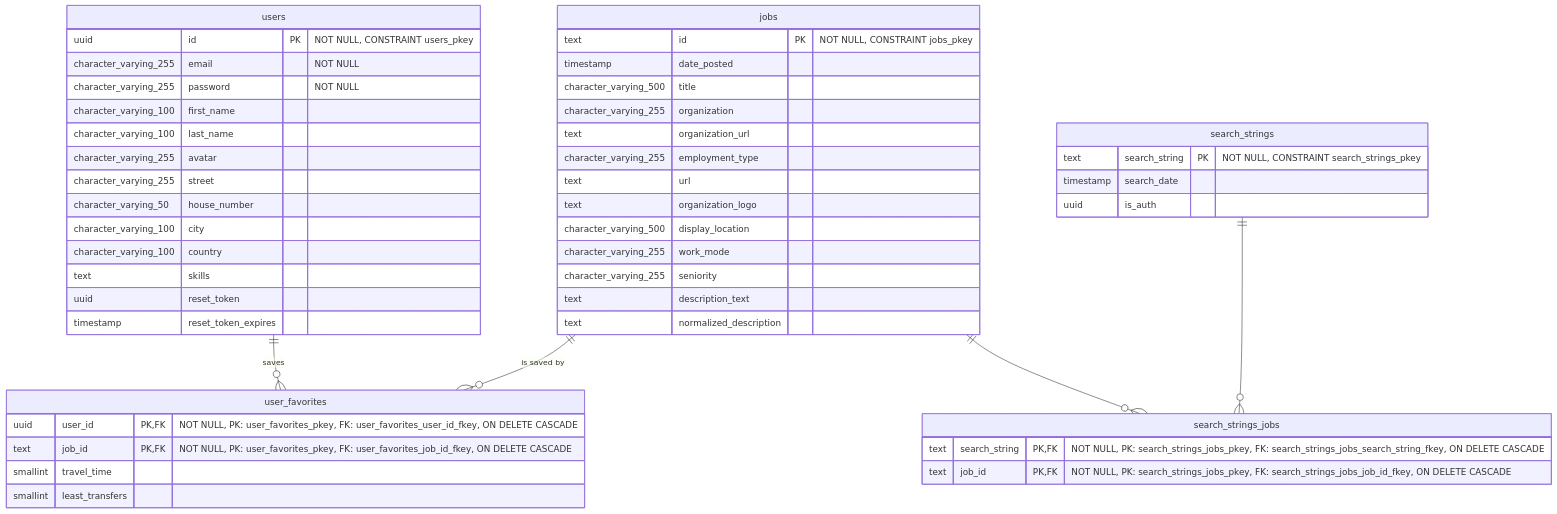
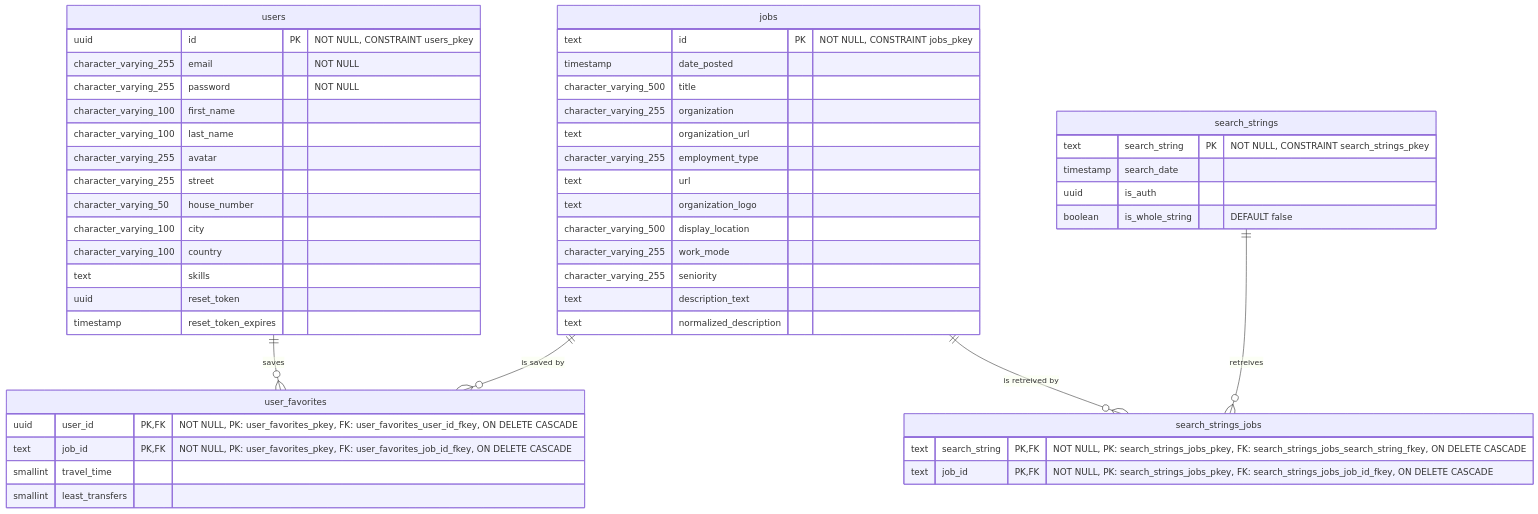
One commit to YahyaAl-Ademi/2025.10.23-JobCompass changed the diagram in documentation/ERD.md. Above: the diagram before and after it, drawn with Mermaid. The commit also changed other lines of this file and 6 other files, not shown here.

Commit message:
feat: add is_whole_string flag to search_strings table and update related job search logic

````diff
--- a/documentation/ERD.md
+++ b/documentation/ERD.md
@@ -5,57 +5,58 @@
 ```mermaid
 erDiagram
     users ||--o{ user_favorites : "saves"
     jobs ||--o{ user_favorites : "is saved by"
-    search_strings ||--o{ search_strings_jobs : ""
-    jobs ||--o{ search_strings_jobs : ""
+    search_strings ||--o{ search_strings_jobs : "retreives"
+    jobs ||--o{ search_strings_jobs : "is retreived by"
 
     users {
         uuid id PK "NOT NULL, CONSTRAINT users_pkey"
         character_varying_255 email "NOT NULL"
         character_varying_255 password "NOT NULL"
         character_varying_100 first_name
         character_varying_100 last_name
         character_varying_255 avatar
         character_varying_255 street
         character_varying_50 house_number
         character_varying_100 city
         character_varying_100 country
         text skills
         uuid reset_token
         timestamp reset_token_expires
     }
 
     jobs {
         text id PK "NOT NULL, CONSTRAINT jobs_pkey"
         timestamp date_posted
         character_varying_500 title
         character_varying_255 organization
         text organization_url
         character_varying_255 employment_type
         text url
         text organization_logo
         character_varying_500 display_location
         character_varying_255 work_mode
         character_varying_255 seniority
         text description_text
         text normalized_description
     }
 
     user_favorites {
         uuid user_id PK,FK "NOT NULL, PK: user_favorites_pkey, FK: user_favorites_user_id_fkey, ON DELETE CASCADE"
         text job_id PK,FK "NOT NULL, PK: user_favorites_pkey, FK: user_favorites_job_id_fkey, ON DELETE CASCADE"
         smallint travel_time
         smallint least_transfers
     }
 
     search_strings {
         text search_string PK "NOT NULL, CONSTRAINT search_strings_pkey"
         timestamp search_date
         uuid is_auth
+        boolean is_whole_string "DEFAULT false"
     }
 
     search_strings_jobs {
         text search_string PK,FK "NOT NULL, PK: search_strings_jobs_pkey, FK: search_strings_jobs_search_string_fkey, ON DELETE CASCADE"
         text job_id PK,FK "NOT NULL, PK: search_strings_jobs_pkey, FK: search_strings_jobs_job_id_fkey, ON DELETE CASCADE"
     }
 ```
````
